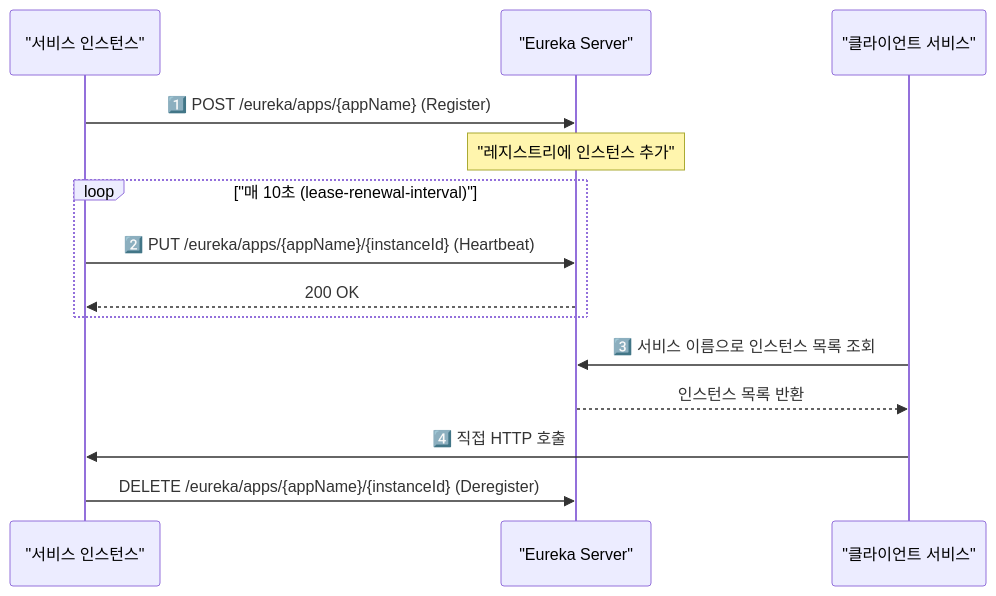
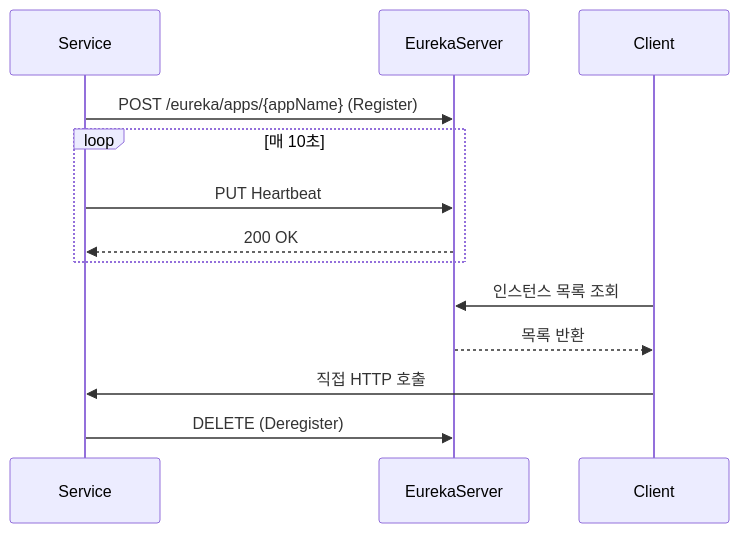
Before and after one commit to yjkim2015/yjkim2015.github.io: the first of 4 diagrams in _posts/spring/2026-05-01-spring-eureka.md, drawn with Mermaid. The commit also changed other lines of this file and 215 other files, not shown here.

First line of the commit message:
신규 포스트 10개 추가 + Mermaid 전면 축소 + SystemDesign 시리즈 보강

````diff
--- a/_posts/spring/2026-05-01-spring-eureka.md
+++ b/_posts/spring/2026-05-01-spring-eureka.md
@@ -28,17 +28,15 @@
 ```mermaid
 sequenceDiagram
-    participant S as "서비스 인스턴스"
-    participant E as "Eureka Server"
-    participant C as "클라이언트 서비스"
-
-    S->>E: 1️⃣ POST /eureka/apps/{appName} (Register)
-    Note over E: "레지스트리에 인스턴스 추가"
-    loop "매 10초 (lease-renewal-interval)"
-        S->>E: 2️⃣ PUT /eureka/apps/{appName}/{instanceId} (Heartbeat)
+    participant S as Service
+    participant E as EurekaServer
+    participant C as Client
+    S->>E: POST /eureka/apps/{appName} (Register)
+    loop 매 10초
+        S->>E: PUT Heartbeat
         E-->>S: 200 OK
     end
-    C->>E: 3️⃣ 서비스 이름으로 인스턴스 목록 조회
-    E-->>C: 인스턴스 목록 반환
-    C->>S: 4️⃣ 직접 HTTP 호출
-    S->>E: DELETE /eureka/apps/{appName}/{instanceId} (Deregister)
+    C->>E: 인스턴스 목록 조회
+    E-->>C: 목록 반환
+    C->>S: 직접 HTTP 호출
+    S->>E: DELETE (Deregister)
 ```
````
